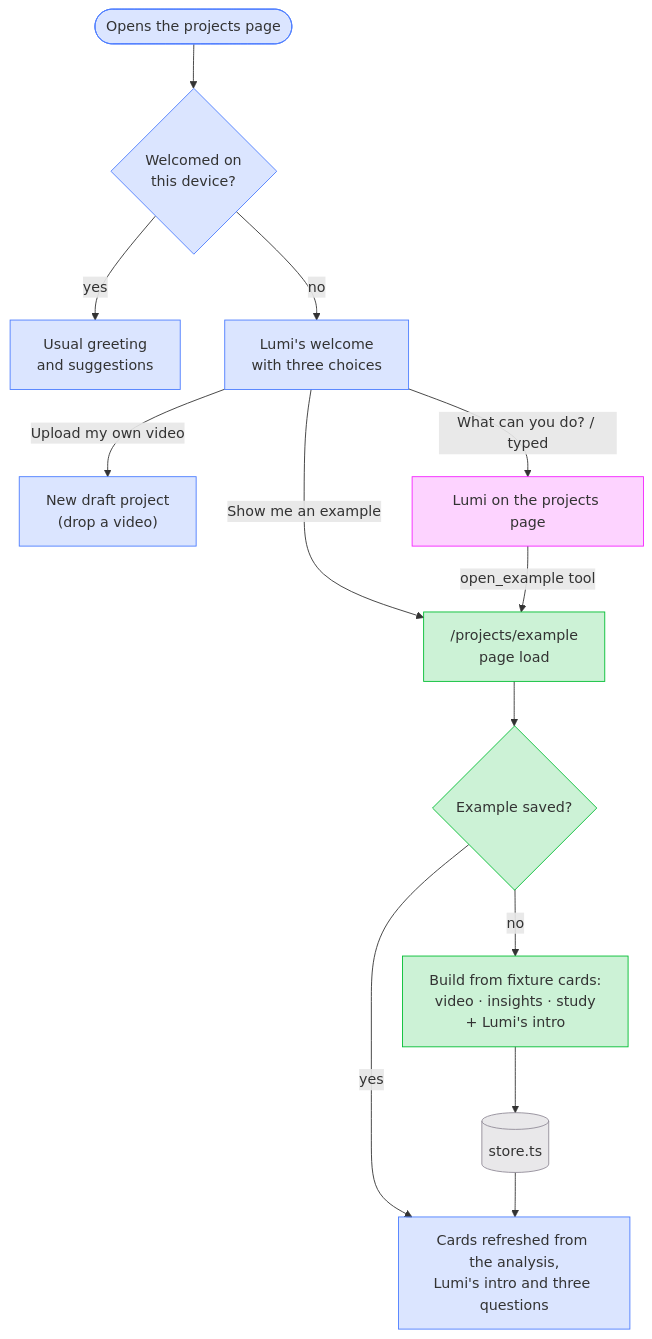
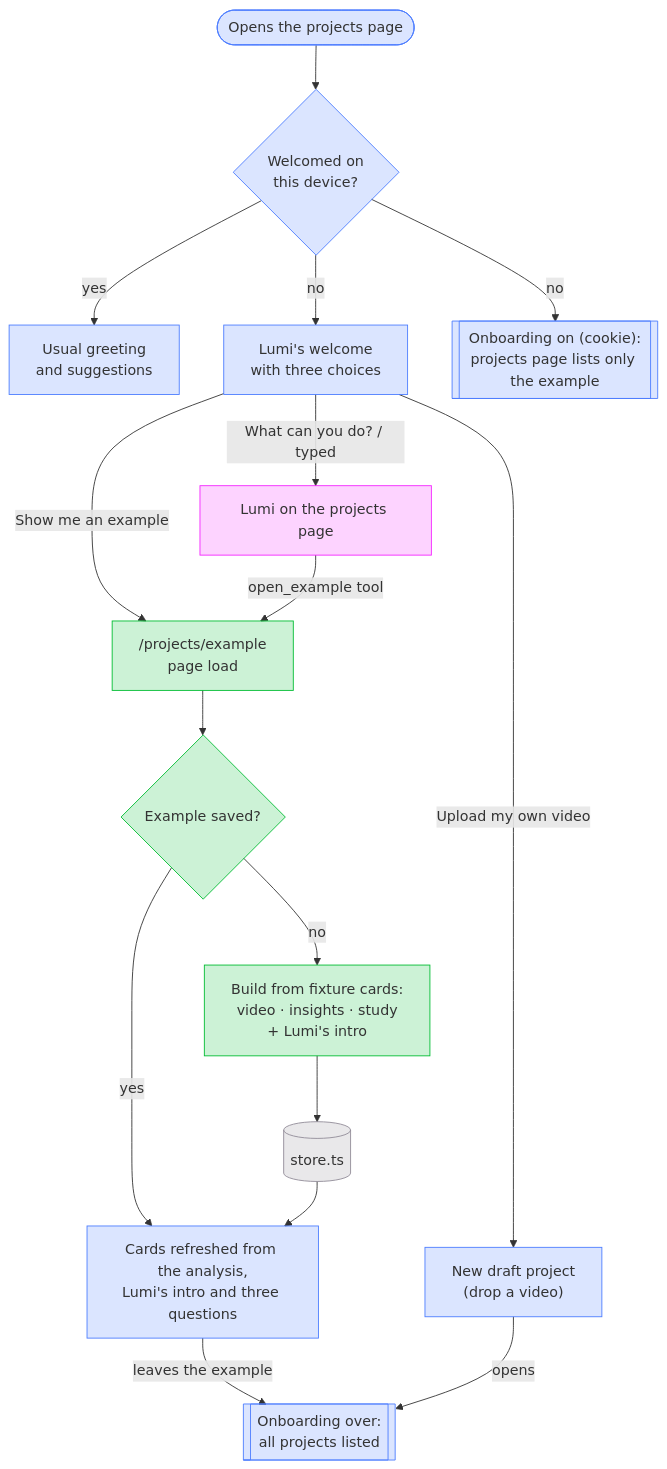
Before and after one commit to iamvaskiv/iris: the second of 8 diagrams in docs/architecture.md, drawn with Mermaid. The commit also changed other lines of this file and 8 other files, not shown here.

First line of the commit message:
Onboarding: list only the example project during the sequence

````diff
--- a/docs/architecture.md
+++ b/docs/architecture.md
@@ -82,27 +86,32 @@
 ```mermaid
 ---
 config:
   look: classic
 ---
 flowchart TB
     open(["Opens the projects page"]) --> seen{"Welcomed on<br/>this device?"}
     seen -- "yes" --> usual["Usual greeting<br/>and suggestions"]
     seen -- "no" --> welcome["Lumi's welcome<br/>with three choices"]
     welcome -- "Show me an example" --> load["/projects/example<br/>page load"]
     welcome -- "Upload my own video" --> draft["New draft project<br/>(drop a video)"]
     welcome -- "What can you do? / typed" --> lumi["Lumi on the projects page"]
     lumi -- "open_example tool" --> load
     load --> exists{"Example saved?"}
     exists -- "no" --> build["Build from fixture cards:<br/>video · insights · study<br/>+ Lumi's intro"] --> store[("store.ts")]
     exists -- "yes" --> show
     store --> show["Cards refreshed from the analysis,<br/>Lumi's intro and three questions"]
 
+    seen -- "no" --> on[["Onboarding on (cookie):<br/>projects page lists only the example"]]
+    show -- "leaves the example" --> off[["Onboarding over:<br/>all projects listed"]]
+    draft -- "opens" --> off
+
     classDef ui stroke:#4c7dff,fill:#4c7dff33
     classDef server stroke:#00bd32,fill:#00bd3233
     classDef ai stroke:#f424ff,fill:#f424ff33
     classDef storage stroke:#918b98,fill:#918b9833
     class open,seen,usual,welcome,draft,show ui
     class load,exists,build server
+    class on,off ui
     class lumi ai
     class store storage
 ```
````
